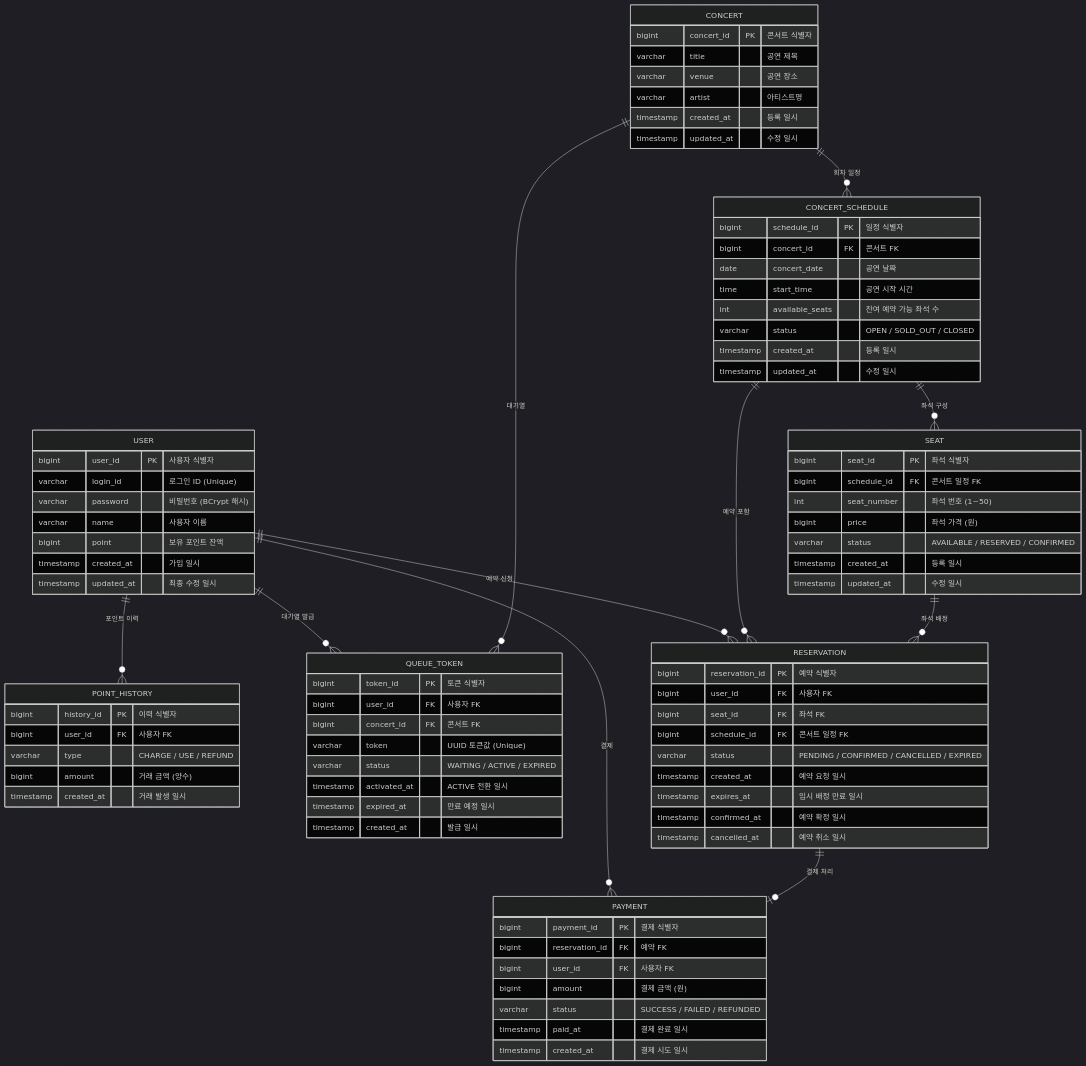
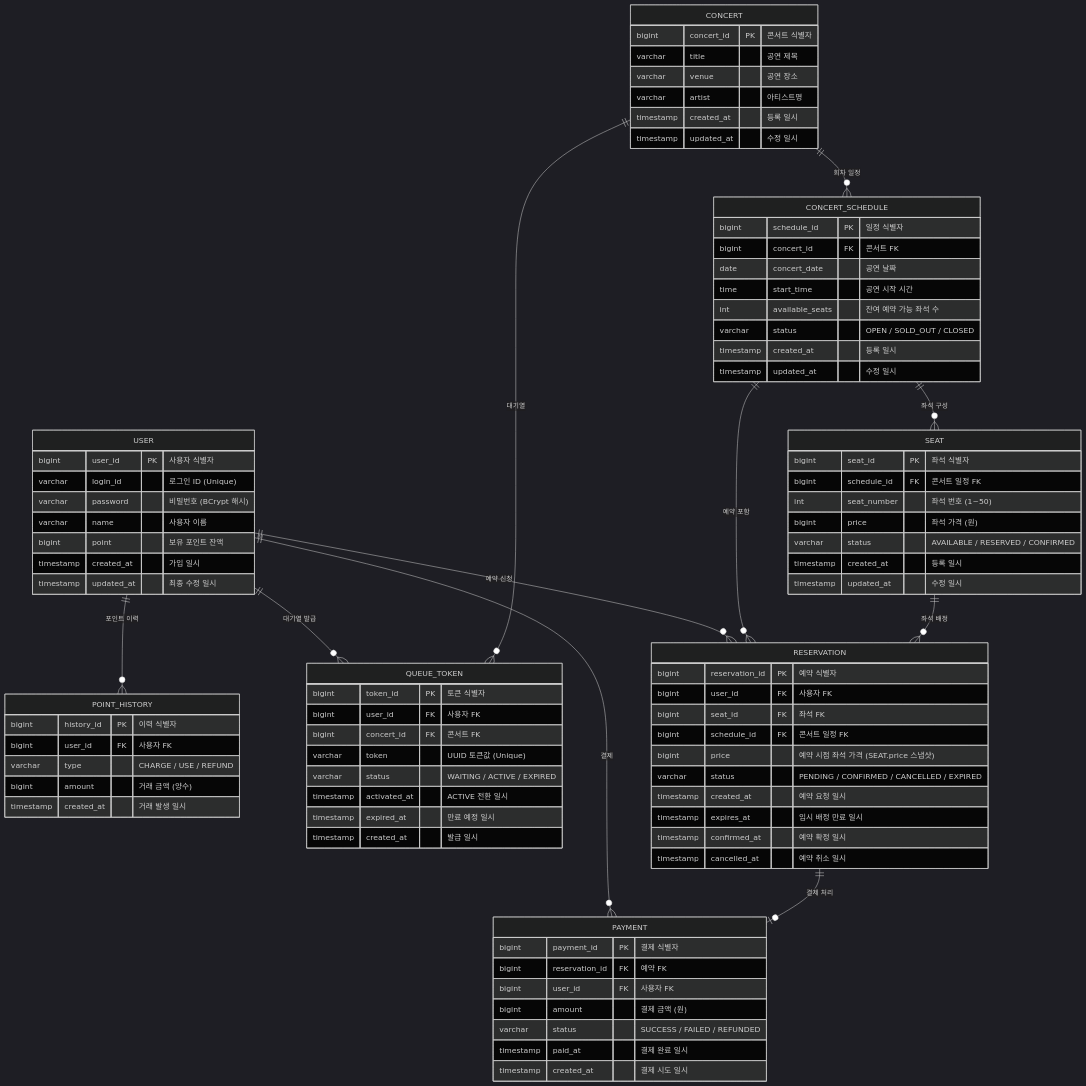
The diagram in docs/erd/erd.md (Jin0207/hhplus-concert-server), drawn with Mermaid (dark theme) before and after one commit. The commit also changed other lines of this file and 18 other files, not shown here.

First line of the commit message:
feat: Reservation 'price' 컬럼 추가 및 Payment 결제 플로우 구현

```diff
--- a/docs/erd/erd.md
+++ b/docs/erd/erd.md
@@ -70,6 +70,7 @@
     bigint user_id FK "사용자 FK"
     bigint seat_id FK "좌석 FK"
     bigint schedule_id FK "콘서트 일정 FK"
+    bigint price "예약 시점 좌석 가격 (SEAT.price 스냅샷)"
     varchar status "PENDING / CONFIRMED / CANCELLED / EXPIRED"
     timestamp created_at "예약 요청 일시"
     timestamp expires_at "임시 배정 만료 일시"
```
